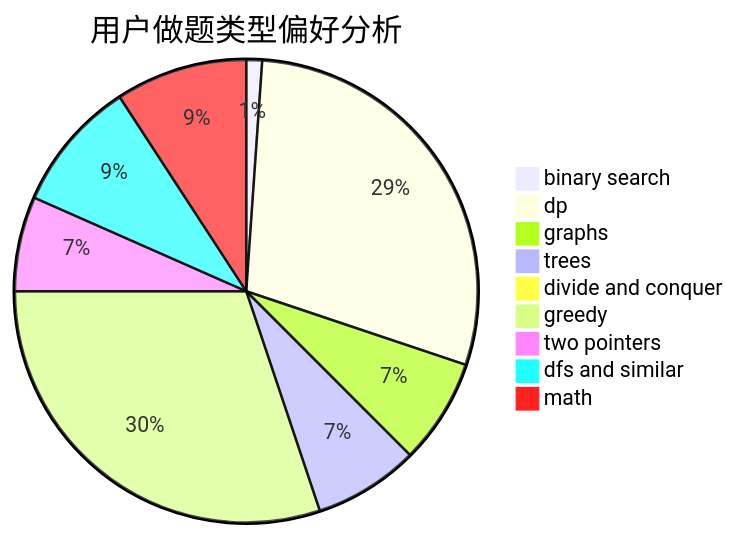
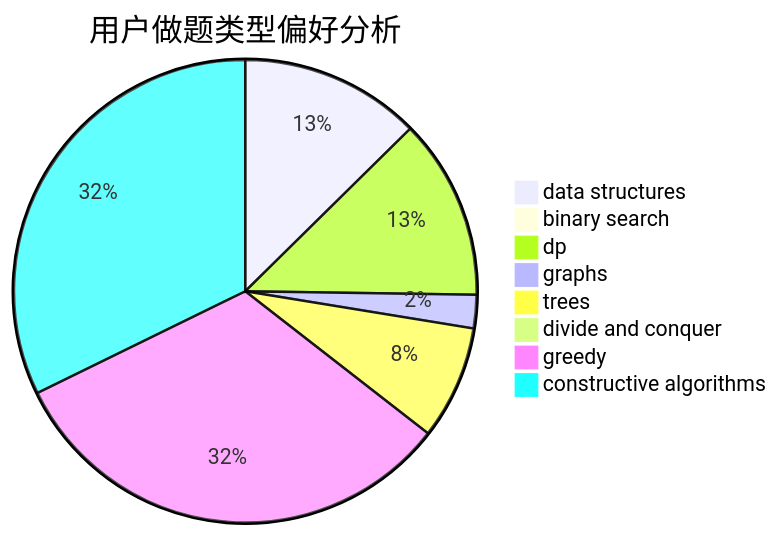
Before and after one commit to sherpahu/cfrs.github.io: the second of 3 diagrams in docs/user/u1196.md, drawn with Mermaid. The commit also changed other lines of this file and 2775 other files, not shown here.

````diff
--- a/docs/user/u1196.md
+++ b/docs/user/u1196.md
@@ -23,12 +23,11 @@
 ```mermaid
 pie title 用户做题类型偏好分析
-    "binary search" :  3
-    "dp" :  79
-    "graphs" :  20
-    "trees" :  20
+    "data structures" :  27
+    "binary search" :  2
+    "dp" :  27
+    "graphs" :  5
+    "trees" :  17
     "divide and conquer" :  0
-    "greedy" :  82
-    "two pointers" :  18
-    "dfs and similar" :  25
-    "math" :  25
+    "greedy" :  69
+    "constructive algorithms" :  69
 ```
````
